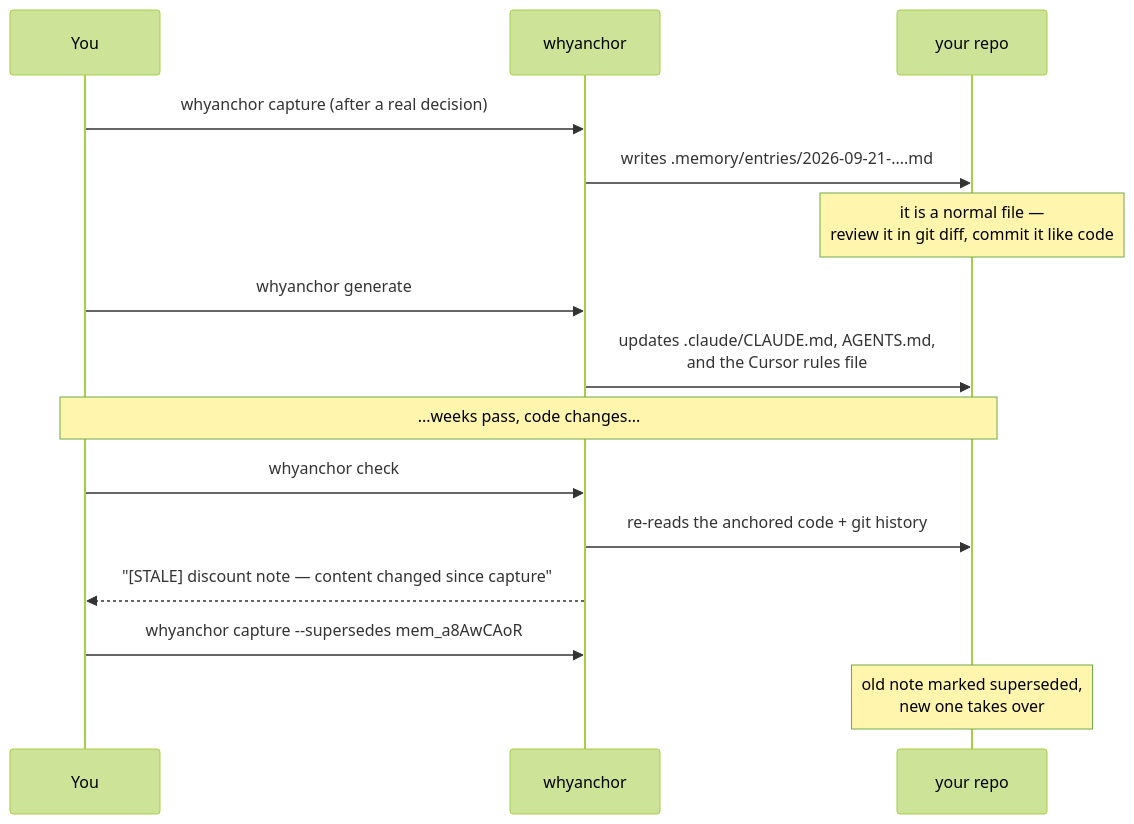
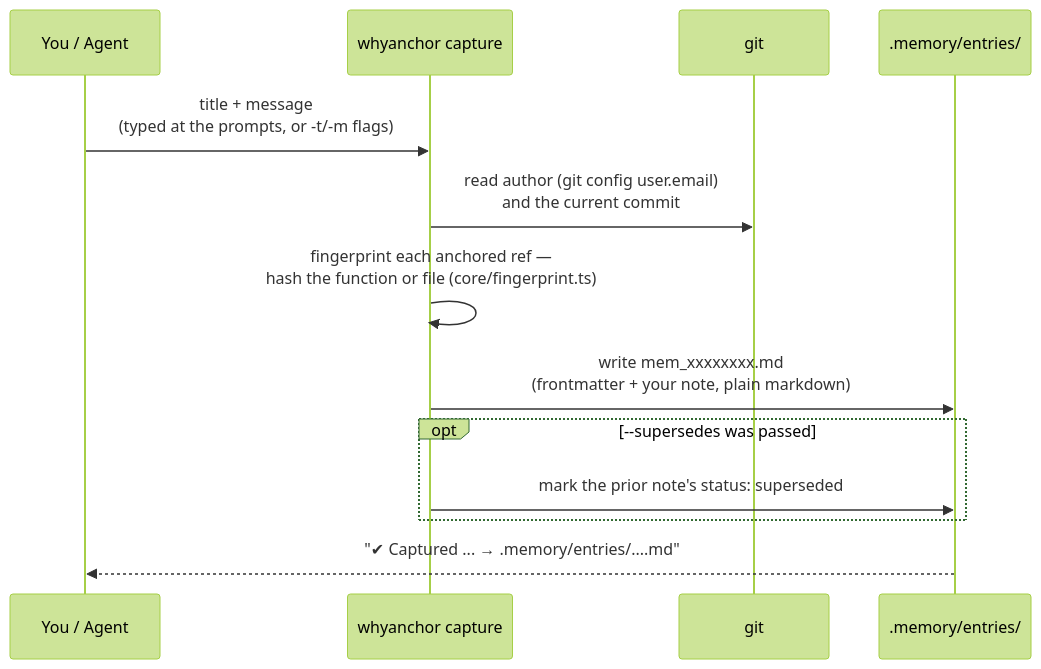
Before and after one commit to kishore600/ctx-memory: the third of 7 diagrams in README.md, drawn with Mermaid (forest theme). The commit also changed other lines of this file, not shown here.

````diff
--- a/README.md
+++ b/README.md
@@ -232,22 +301,16 @@
 ```mermaid
 sequenceDiagram
-    participant You
-    participant Tool as whyanchor
-    participant Repo as your repo
+    participant You as You / Agent
+    participant CLI as whyanchor capture
+    participant Git as git
+    participant Store as .memory/entries/
 
-    You->>Tool: whyanchor capture (after a real decision)
-    Tool->>Repo: writes .memory/entries/2026-09-21-....md
-    Note over Repo: it is a normal file —<br/>review it in git diff, commit it like code
-
-    You->>Tool: whyanchor generate
-    Tool->>Repo: updates .claude/CLAUDE.md, AGENTS.md,<br/>and the Cursor rules file
-
-    Note over You,Repo: ...weeks pass, code changes...
-
-    You->>Tool: whyanchor check
-    Tool->>Repo: re-reads the anchored code + git history
-    Tool-->>You: "[STALE] discount note — content changed since capture"
-
-    You->>Tool: whyanchor capture --supersedes mem_a8AwCAoR
-    Note over Repo: old note marked superseded,<br/>new one takes over
+    You->>CLI: title + message<br/>(typed at the prompts, or -t/-m flags)
+    CLI->>Git: read author (git config user.email)<br/>and the current commit
+    CLI->>CLI: fingerprint each anchored ref —<br/>hash the function or file (core/fingerprint.ts)
+    CLI->>Store: write mem_xxxxxxxx.md<br/>(frontmatter + your note, plain markdown)
+    opt --supersedes was passed
+        CLI->>Store: mark the prior note's status: superseded
+    end
+    Store-->>You: "✔ Captured ... → .memory/entries/....md"
 ```
````
